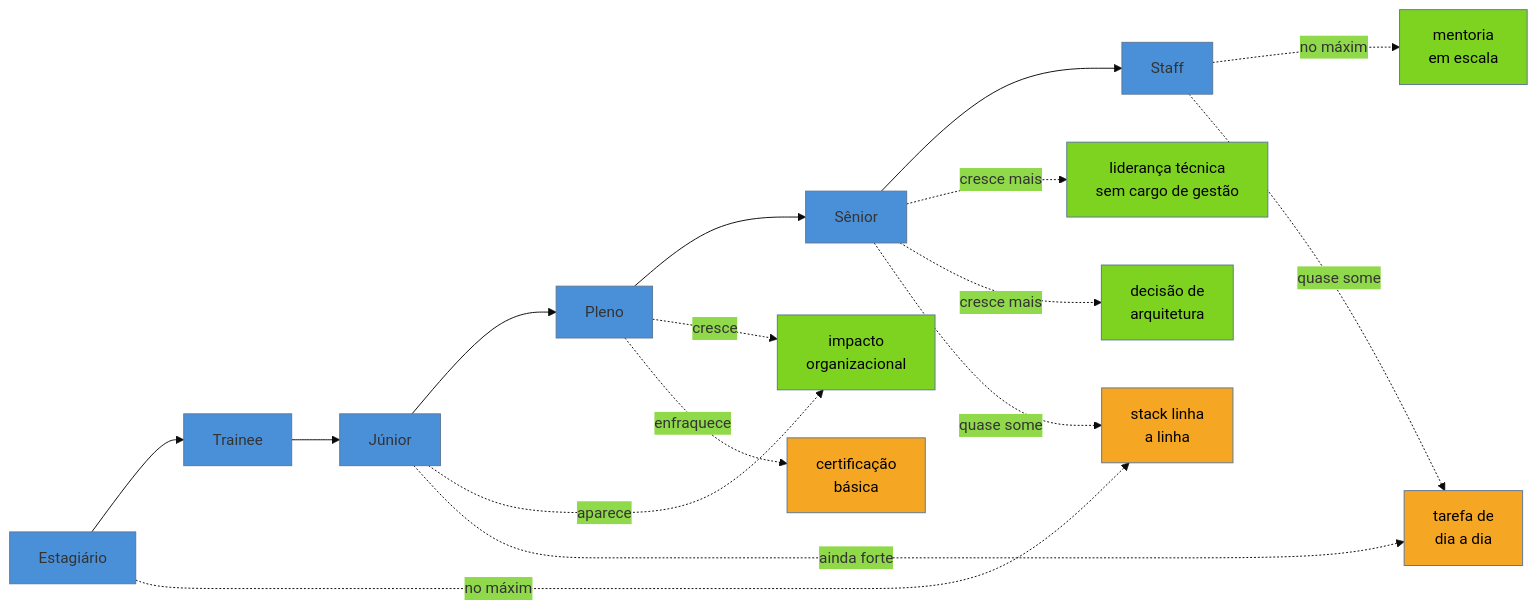
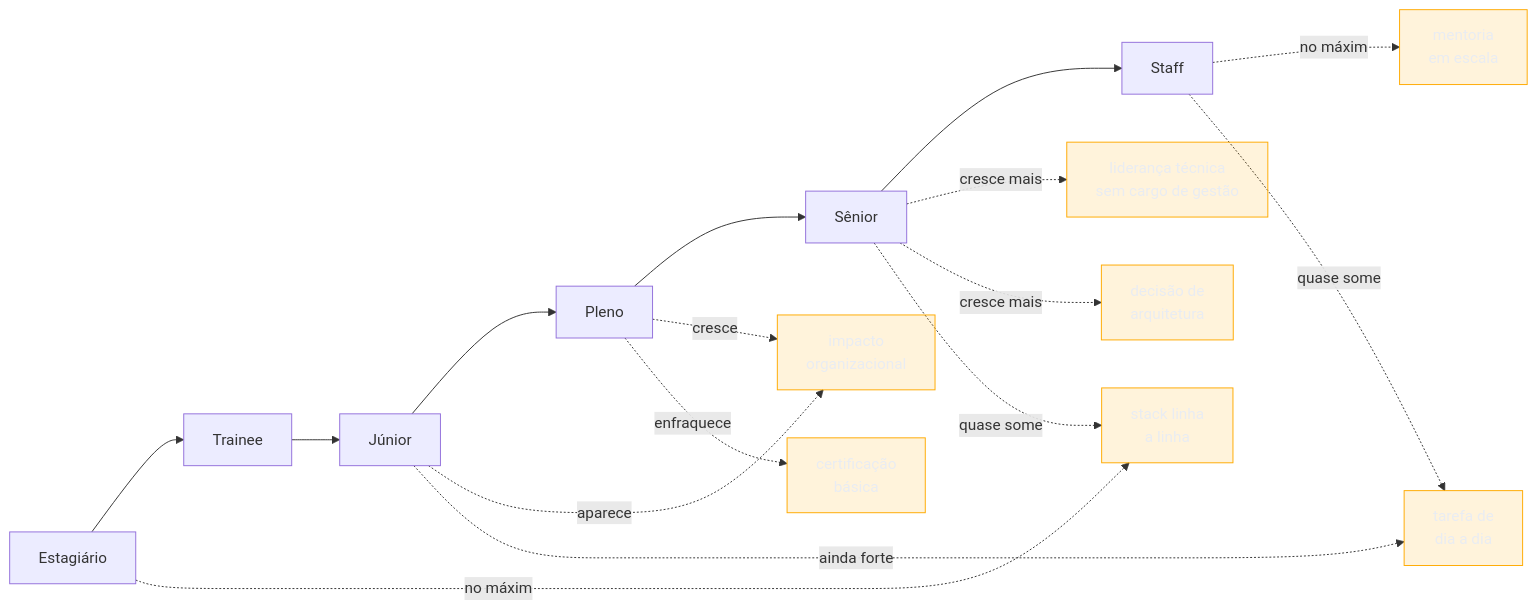
Before and after one commit to josenaldo/codex-technomanticus: the diagram in 03-Dominios/Carreira/Currículo/03 - Os seis níveis e o que muda entre eles.md, drawn with Mermaid. The commit also changed 1181 other files, not shown here.

First line of the commit message:
fix(diagramas): paleta do sistema no lugar de cor cravada no markdown

````diff
--- a/03-Dominios/Carreira/Currículo/03 - Os seis níveis e o que muda entre eles.md
+++ b/03-Dominios/Carreira/Currículo/03 - Os seis níveis e o que muda entre eles.md
@@ -60,25 +60,25 @@
 ```mermaid
-%%{init: {"theme": "base", "themeVariables": {"primaryColor": "#4A90D9"}}}%%
 graph LR
+    classDef destaque fill:#FFAA0024,stroke:#FFAA00,color:#E9ECF2
     Est["Estagiário"] --> Tra["Trainee"] --> Jr["Júnior"] --> Pl["Pleno"] --> Sr["Sênior"] --> St["Staff"]
 
     Jr -.aparece.-> S1["impacto<br/>organizacional"]
     Pl -.cresce.-> S1
     Sr -.cresce mais.-> S2["liderança técnica<br/>sem cargo de gestão"]
     Sr -.cresce mais.-> S3["decisão de<br/>arquitetura"]
     St -.no máximo.-> S4["mentoria<br/>em escala"]
 
     Est -.no máximo.-> D1["stack linha<br/>a linha"]
     Jr -.ainda forte.-> D2["tarefa de<br/>dia a dia"]
     Pl -.enfraquece.-> D3["certificação<br/>básica"]
     Sr -.quase some.-> D1
     St -.quase some.-> D2
 
-    style S1 fill:#7ED321,color:#000
-    style S2 fill:#7ED321,color:#000
-    style S3 fill:#7ED321,color:#000
-    style S4 fill:#7ED321,color:#000
-    style D1 fill:#F5A623,color:#000
-    style D2 fill:#F5A623,color:#000
-    style D3 fill:#F5A623,color:#000
+    class S1 destaque
+    class S2 destaque
+    class S3 destaque
+    class S4 destaque
+    class D1 destaque
+    class D2 destaque
+    class D3 destaque
 ```
````
